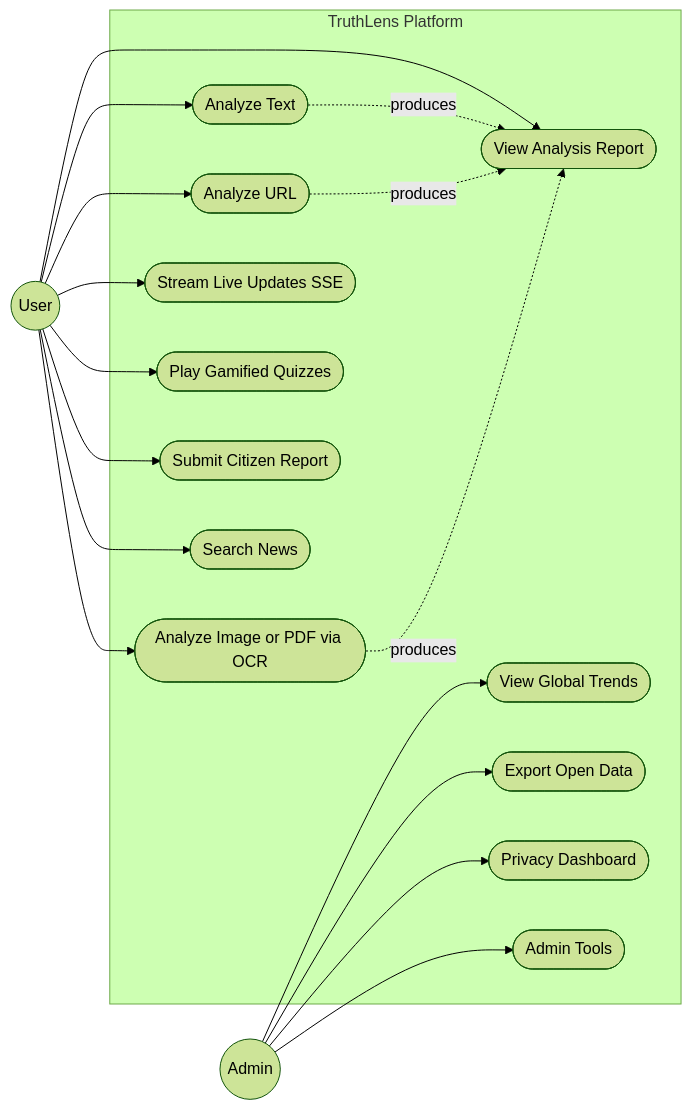
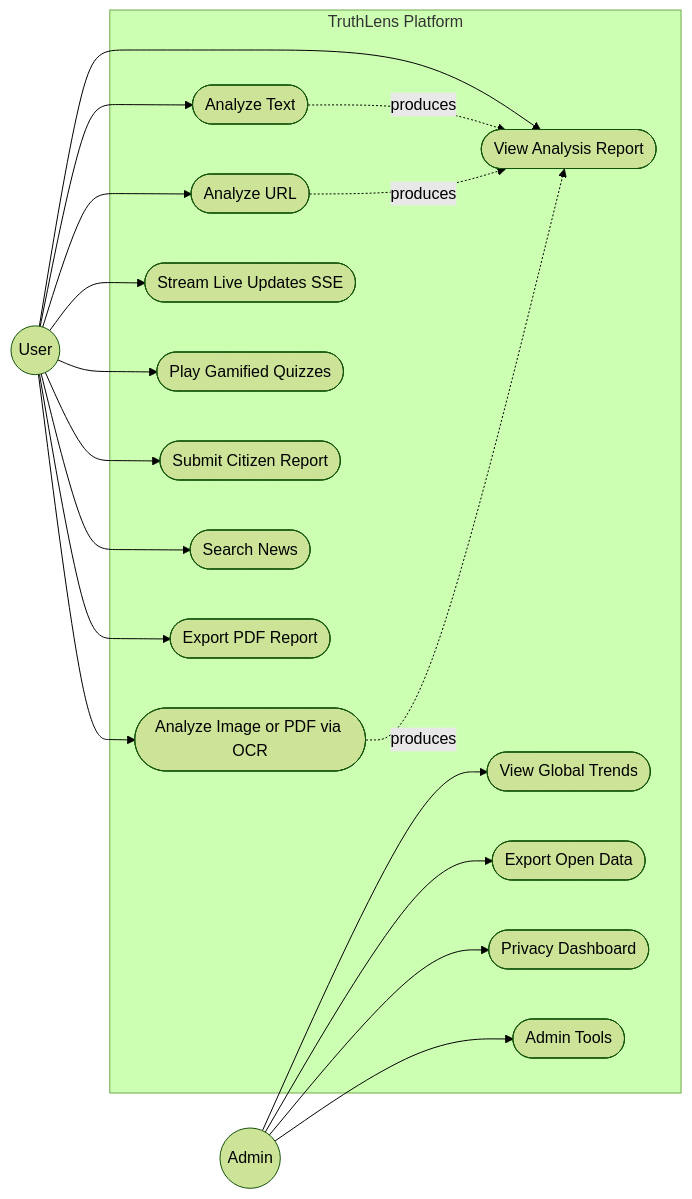
The seventh of 10 diagrams in README.MD (majd102-p/TruthLens-AI-Credibility-Platform), drawn with Mermaid (forest theme) before and after one commit. The commit also changed other lines of this file, not shown here.

````diff
--- a/README.MD
+++ b/README.MD
@@ -464,38 +486,40 @@
 ```mermaid
 flowchart LR
     U((User))
     AD((Admin))
 
     subgraph App [TruthLens Platform]
         UC1([Analyze Text])
         UC2([Analyze URL])
         UC3([Analyze Image or PDF via OCR])
         UC4([View Analysis Report])
         UC5([Stream Live Updates SSE])
         UC6([Play Gamified Quizzes])
         UC7([Submit Citizen Report])
         UC8([Search News])
         UC9([View Global Trends])
         UC10([Export Open Data])
         UC11([Privacy Dashboard])
         UC12([Admin Tools])
+        UC13([Export PDF Report])
     end
 
     U --> UC1
+    U --> UC13
     U --> UC2
     U --> UC3
     U --> UC4
     U --> UC5
     U --> UC6
     U --> UC7
     U --> UC8
 
     AD --> UC9
     AD --> UC10
     AD --> UC11
     AD --> UC12
 
     UC1 -.->|produces| UC4
     UC2 -.->|produces| UC4
     UC3 -.->|produces| UC4
 ```
````
